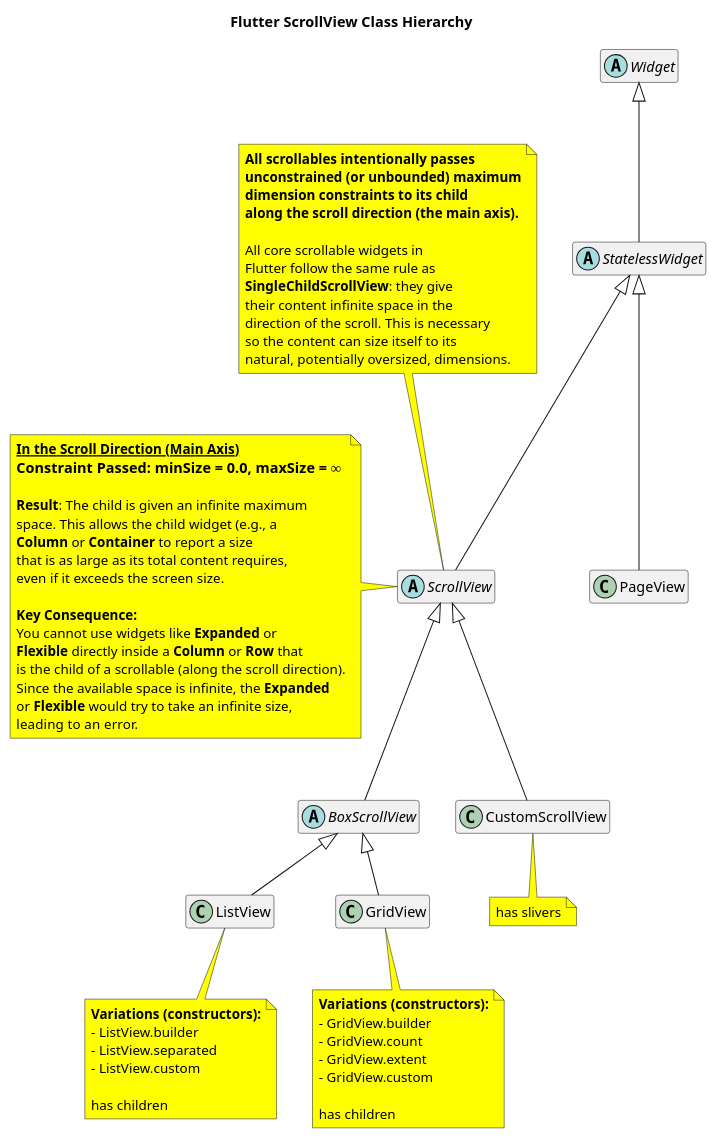
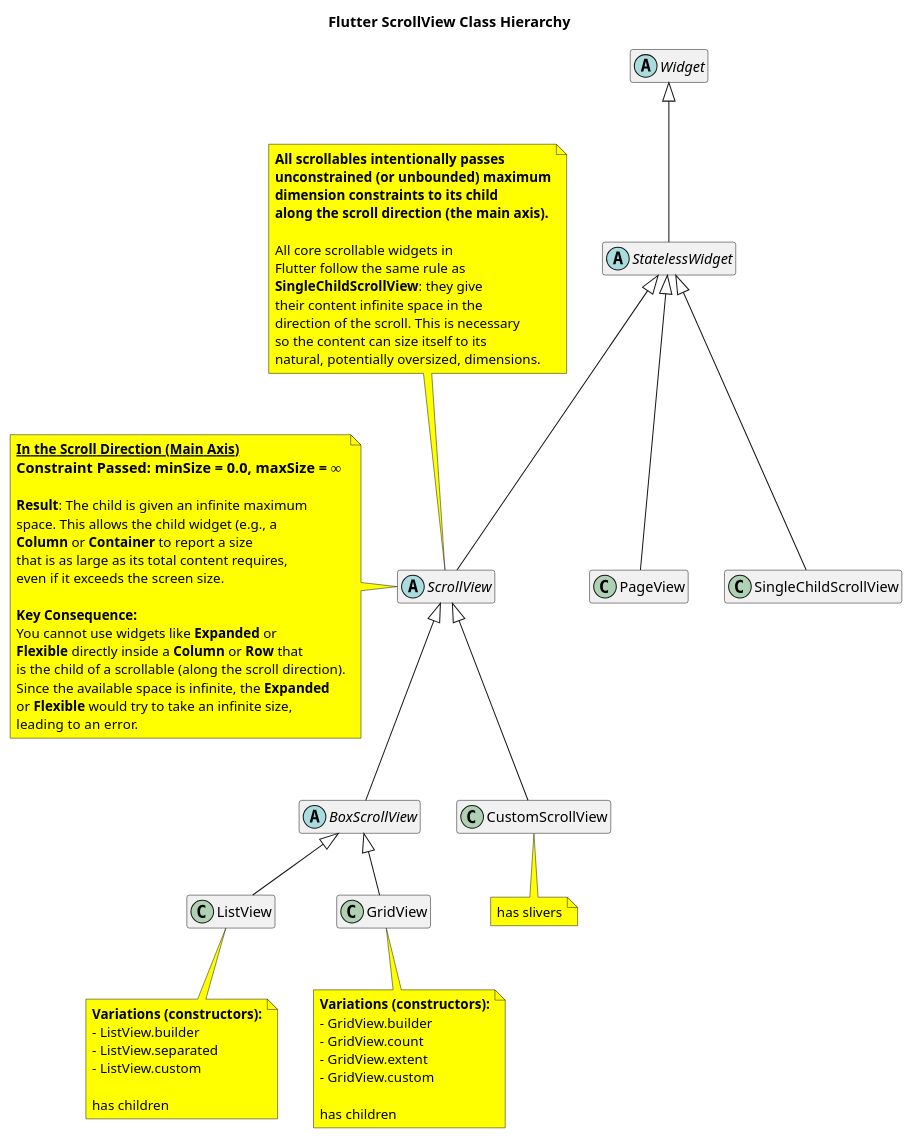
One commit to biancashouse/flutter_content changed the diagram in lib/src/snippet/snodes/scrollables.puml. Above: the diagram before and after it, drawn with PlantUML. The commit also changed 9 other files, not shown here.

```diff
--- a/lib/src/snippet/snodes/scrollables.puml
+++ b/lib/src/snippet/snodes/scrollables.puml
@@ -1,110 +1,112 @@
 @startuml
 ' Set theme for better readability
 '!theme plain
 
 ' You can set a global background color for all notes if you want
 skinparam noteBackgroundColor #Yellow
 
 
 ' Define a title for the diagram
 title Flutter ScrollView Class Hierarchy
 
 ' --- Define Classes ---
 ' Using "abstract" keyword for abstract classes
 abstract class Widget
 abstract class StatelessWidget
 abstract class ScrollView
 abstract class BoxScrollView
 
 class CustomScrollView
 class ListView
 class GridView
 class PageView
+class SingleChildScrollView
 
 ' --- Define Inheritance Relationships ---
 ' Using "<|--" for inheritance (Child <|-- Parent)
 StatelessWidget <|-- ScrollView
 StatelessWidget <|-- PageView
+StatelessWidget <|-- SingleChildScrollView
 Widget <|-- StatelessWidget
 
 ScrollView <|-- CustomScrollView
 ScrollView <|-- BoxScrollView
 
 BoxScrollView <|-- ListView
 BoxScrollView <|-- GridView
 
 ' --- Add Notes for Variation/Factory Constructors ---
 ' These aren't separate classes, so notes are the best way to represent them.
 note top of ScrollView
  <b>All scrollables intentionally passes
  <b>unconstrained (or unbounded) maximum
  <b>dimension constraints to its child
  <b>along the scroll direction (the main axis).
 
  All core scrollable widgets in
  Flutter follow the same rule as
  <b>SingleChildScrollView</b>: they give
  their content infinite space in the
  direction of the scroll. This is necessary
  so the content can size itself to its
  natural, potentially oversized, dimensions.
 end note
 
 note left of ScrollView
  <b><u>In the Scroll Direction (Main Axis)
  ===Constraint Passed: minSize = 0.0, maxSize = ∞
 
  <b>Result</b>: The child is given an infinite maximum
  space. This allows the child widget (e.g., a
  <b>Column</b> or <b>Container</b> to report a size
  that is as large as its total content requires,
  even if it exceeds the screen size.
 
  <b>Key Consequence:
  You cannot use widgets like <b>Expanded</b> or
  <b>Flexible</b> directly inside a <b>Column</b> or <b>Row</b> that
  is the child of a scrollable (along the scroll direction).
  Since the available space is infinite, the <b>Expanded</b>
  or <b>Flexible</b> would try to take an infinite size,
  leading to an error.
 end note
 
 note bottom of ListView
   <b>Variations (constructors):</b>
   - ListView.builder
   - ListView.separated
   - ListView.custom
 
   has children
 end note
 
 note bottom of GridView
   <b>Variations (constructors):</b>
   - GridView.builder
   - GridView.count
   - GridView.extent
   - GridView.custom
 
   has children
 end note
 
 note bottom of CustomScrollView
   has slivers
 end note
 
 ' --- Grouping with Packages (Optional but good for clarity) ---
 'package "Base Abstract Classes" {
 '  class ScrollView
 '  class BoxScrollView
 '}
 
 'package "Specific Layout Implementations" {
 '  class CustomScrollView
 '  class ListView
 '  class GridView
 '}
 
 ' Hide empty members for a cleaner look
 hide empty members
 
 @enduml
```
